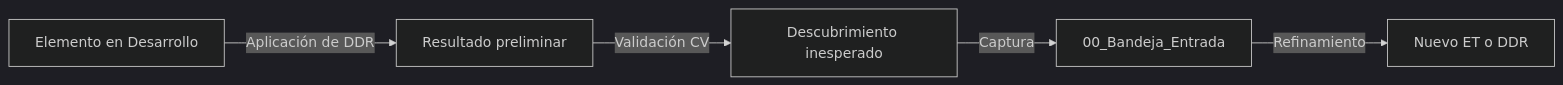
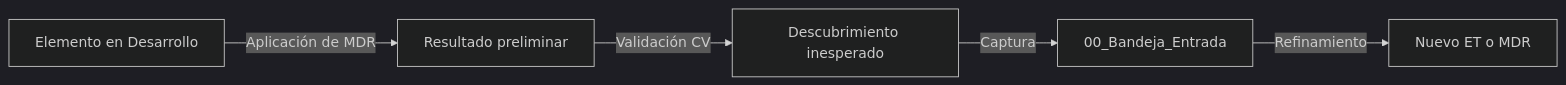
Before and after one commit to ElmerMosquera2/cronicas-de-un-ingeniero: the second of 2 diagrams in domer/GOV-DOMER-GEN-001.md, drawn with Mermaid (dark theme). The commit also changed other lines of this file, not shown here.

First line of the commit message:
Refactor terminology from DDR to MDR

````diff
--- a/domer/GOV-DOMER-GEN-001.md
+++ b/domer/GOV-DOMER-GEN-001.md
@@ -221,7 +221,7 @@
 ```mermaid
 graph LR
-    A[Elemento en Desarrollo] -->|Aplicación de DDR| B[Resultado preliminar]
+    A[Elemento en Desarrollo] -->|Aplicación de MDR| B[Resultado preliminar]
     B -->|Validación CV| C[Descubrimiento inesperado]
     C -->|Captura| D[00_Bandeja_Entrada]
-    D -->|Refinamiento| E[Nuevo ET o DDR]
+    D -->|Refinamiento| E[Nuevo ET o MDR]
 ```
````
